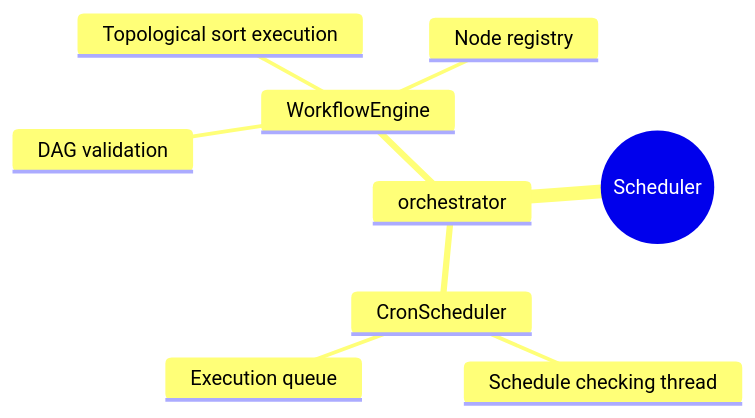
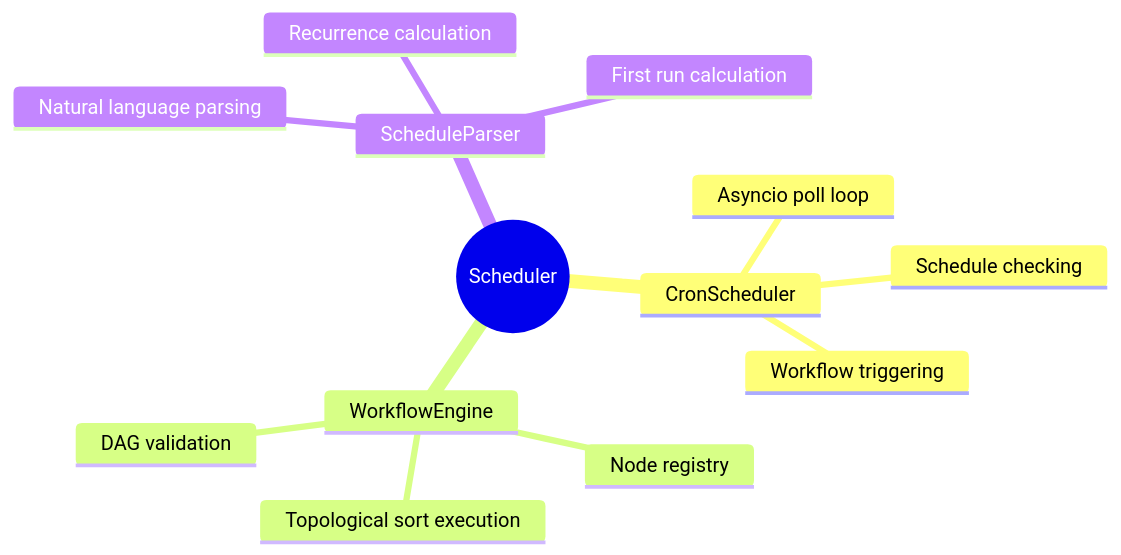
One commit to AmreetKumarkhuntia/knik changed the second of 5 diagrams in docs/guides/scheduler.md. Above: the diagram before and after it, drawn with Mermaid. The commit also changed other lines of this file and 28 other files, not shown here.

````diff
--- a/docs/guides/scheduler.md
+++ b/docs/guides/scheduler.md
@@ -42,12 +44,16 @@
 ```mermaid
 mindmap
   root((Scheduler))
-    orchestrator
-      CronScheduler
-        Schedule checking thread
-        Execution queue
-      WorkflowEngine
-        DAG validation
-        Topological sort execution
-        Node registry
+    CronScheduler
+      Asyncio poll loop
+      Schedule checking
+      Workflow triggering
+    WorkflowEngine
+      DAG validation
+      Topological sort execution
+      Node registry
+    ScheduleParser
+      Natural language parsing
+      Recurrence calculation
+      First run calculation
 ```
````
